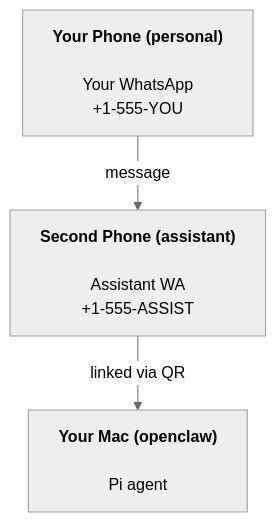
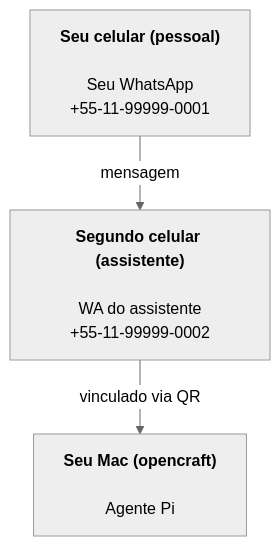
Before and after one commit to editzffaleta/OpenCraft: the diagram in docs/start/openclaw.md, drawn with Mermaid (neutral theme). The commit also changed other lines of this file and 325 other files, not shown here.

````diff
--- a/docs/start/openclaw.md
+++ b/docs/start/openclaw.md
@@ -36,5 +36,5 @@
 ```mermaid
 flowchart TB
-    A["<b>Your Phone (personal)<br></b><br>Your WhatsApp<br>+1-555-YOU"] -- message --> B["<b>Second Phone (assistant)<br></b><br>Assistant WA<br>+1-555-ASSIST"]
-    B -- linked via QR --> C["<b>Your Mac (openclaw)<br></b><br>Pi agent"]
+    A["<b>Seu celular (pessoal)<br></b><br>Seu WhatsApp<br>+55-11-99999-0001"] -- mensagem --> B["<b>Segundo celular (assistente)<br></b><br>WA do assistente<br>+55-11-99999-0002"]
+    B -- vinculado via QR --> C["<b>Seu Mac (opencraft)<br></b><br>Agente Pi"]
 ```
````
